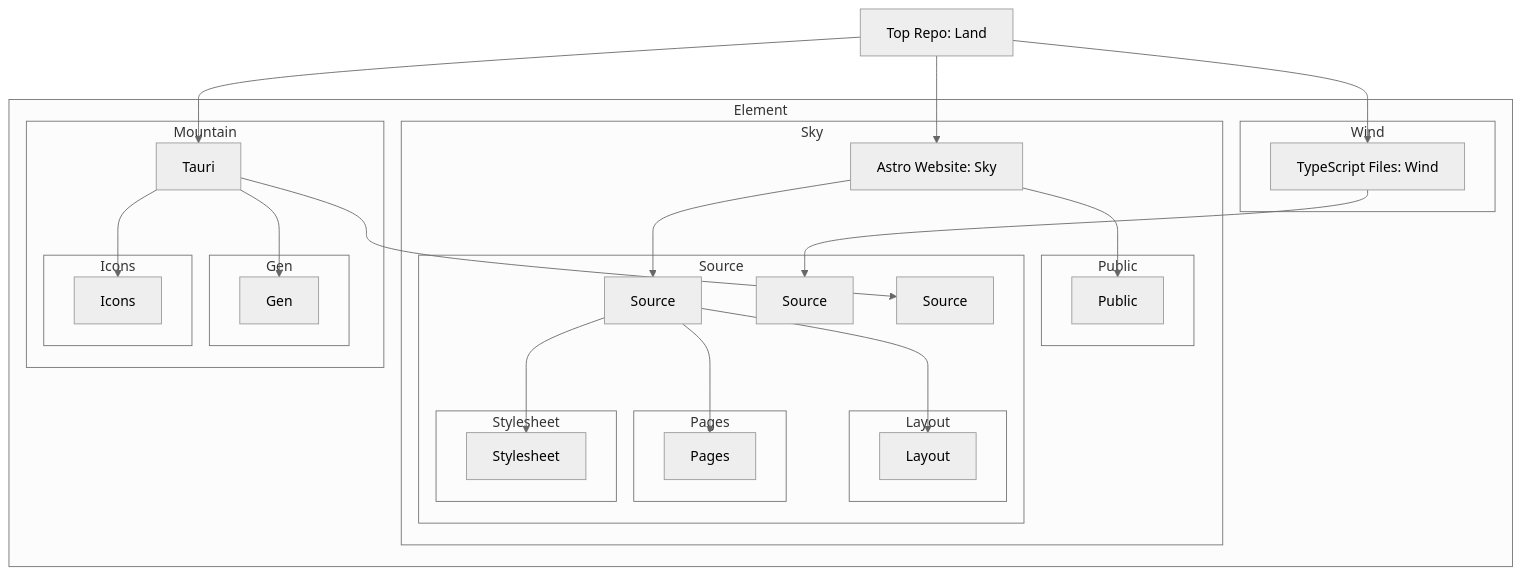
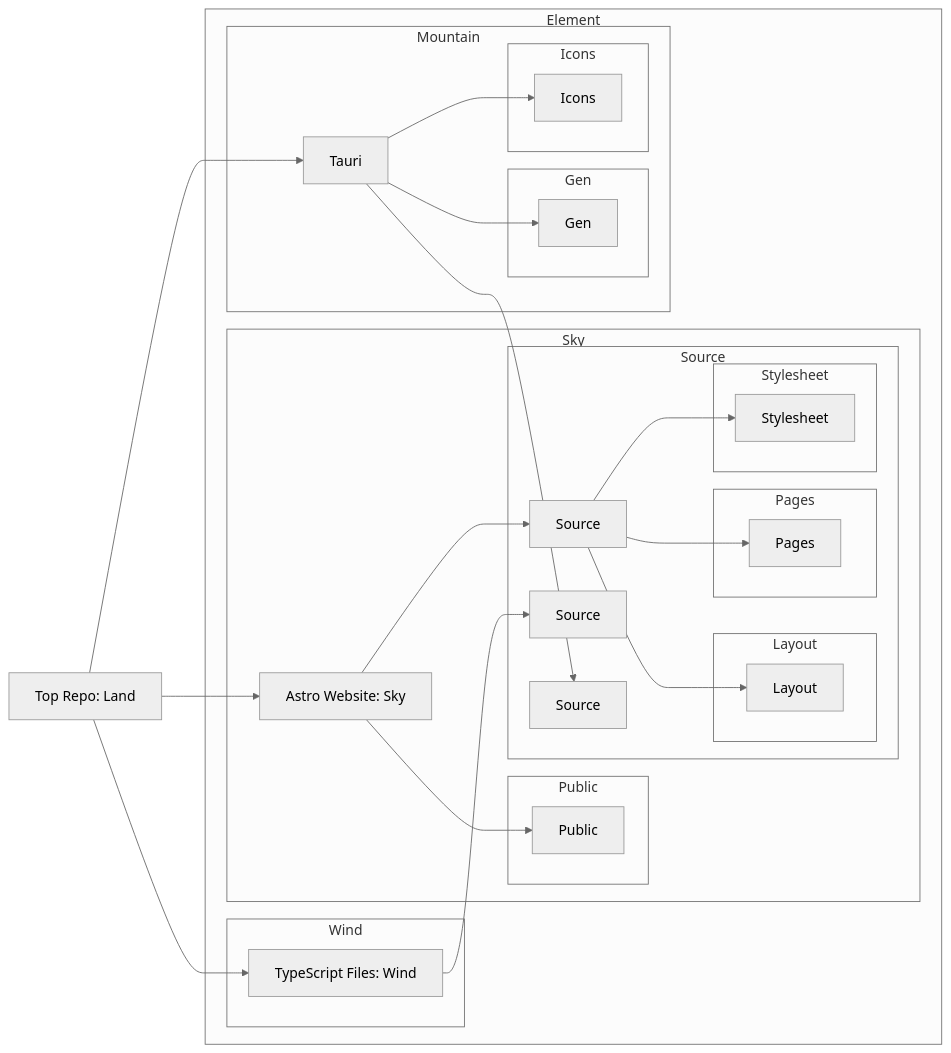
Before and after one commit to CodeEditorLand/Land: the first of 2 diagrams in README.md, drawn with Mermaid (neutral theme).

Commit message:
Update dependency and change graph direction

````diff
--- a/README.md
+++ b/README.md
@@ -52,58 +52,58 @@
 ```mermaid
-graph TD
+graph LR
     A[Top Repo: Land]
 
     subgraph Element
         subgraph Sky
             D[Astro Website: Sky]
             subgraph Public
                 D3[Public]
             end
             subgraph Source
                 D4[Source]
                 subgraph Layout
                     D5[Layout]
                 end
                 subgraph Pages
                     D6[Pages]
                 end
                 subgraph Stylesheet
                     D7[Stylesheet]
                 end
             end
         end
 
         subgraph Wind
             F[TypeScript Files: Wind]
             subgraph Source
                 F3[Source]
             end
         end
 
         subgraph Mountain
             G[Tauri]
             subgraph Gen
                 G3[Gen]
             end
             subgraph Icons
                 G4[Icons]
             end
             subgraph Source
                 G5[Source]
             end
         end
     end
 
     A --> D
     A --> F
     A --> G
     D --> D3
     D --> D4
     D4 --> D5
     D4 --> D6
     D4 --> D7
     F --> F3
     G --> G3
     G --> G4
     G --> G5
 ```
````
